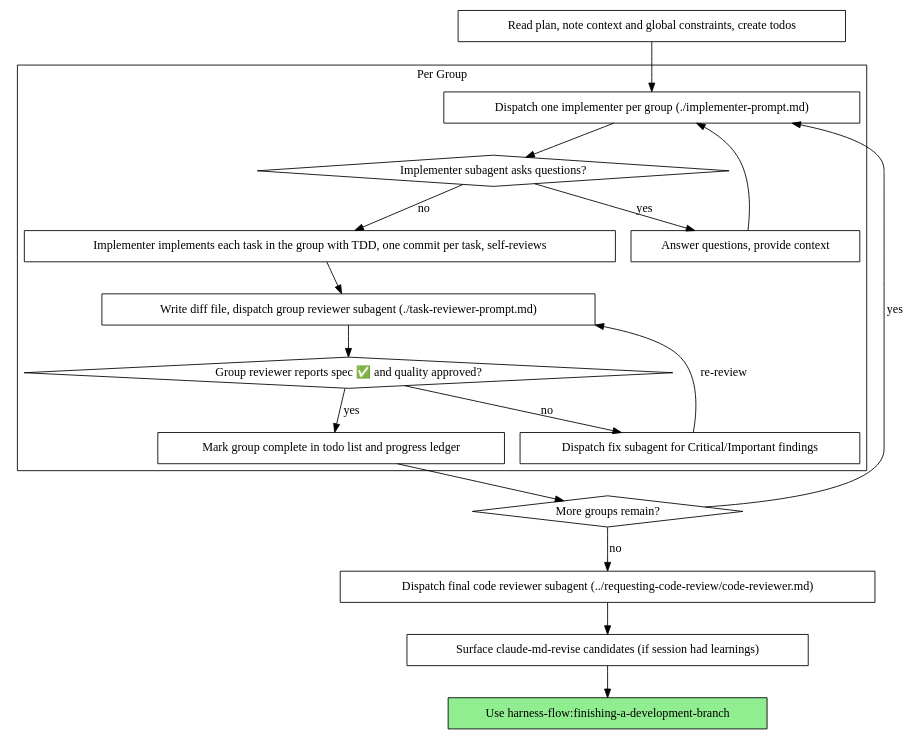
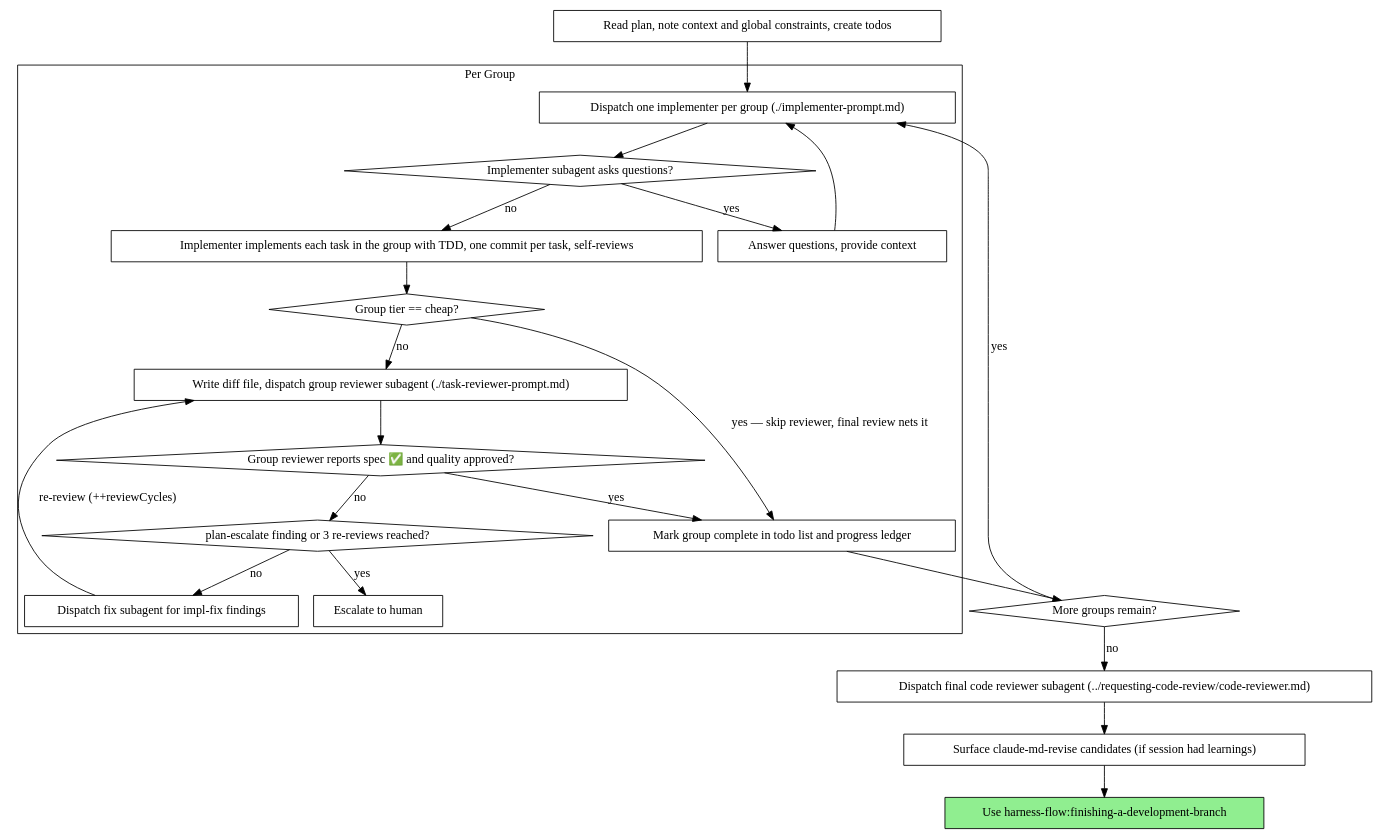
Before and after one commit to wonjinsin/harness-flow: the second of 2 diagrams in skills/subagent-driven-development/SKILL.md, drawn with Graphviz. The commit also changed other lines of this file and 11 other files, not shown here.

````diff
--- a/skills/subagent-driven-development/SKILL.md
+++ b/skills/subagent-driven-development/SKILL.md
@@ -56,39 +56,46 @@
 ```dot
 digraph process {
     rankdir=TB;
 
     subgraph cluster_per_group {
         label="Per Group";
         "Dispatch one implementer per group (./implementer-prompt.md)" [shape=box];
         "Implementer subagent asks questions?" [shape=diamond];
         "Answer questions, provide context" [shape=box];
         "Implementer implements each task in the group with TDD, one commit per task, self-reviews" [shape=box];
+        "Group tier == cheap?" [shape=diamond];
         "Write diff file, dispatch group reviewer subagent (./task-reviewer-prompt.md)" [shape=box];
         "Group reviewer reports spec ✅ and quality approved?" [shape=diamond];
-        "Dispatch fix subagent for Critical/Important findings" [shape=box];
+        "plan-escalate finding or 3 re-reviews reached?" [shape=diamond];
+        "Escalate to human" [shape=box];
+        "Dispatch fix subagent for impl-fix findings" [shape=box];
         "Mark group complete in todo list and progress ledger" [shape=box];
     }
 
     "Read plan, note context and global constraints, create todos" [shape=box];
     "More groups remain?" [shape=diamond];
     "Dispatch final code reviewer subagent (../requesting-code-review/code-reviewer.md)" [shape=box];
     "Surface claude-md-revise candidates (if session had learnings)" [shape=box];
     "Use harness-flow:finishing-a-development-branch" [shape=box style=filled fillcolor=lightgreen];
 
     "Read plan, note context and global constraints, create todos" -> "Dispatch one implementer per group (./implementer-prompt.md)";
     "Dispatch one implementer per group (./implementer-prompt.md)" -> "Implementer subagent asks questions?";
     "Implementer subagent asks questions?" -> "Answer questions, provide context" [label="yes"];
     "Answer questions, provide context" -> "Dispatch one implementer per group (./implementer-prompt.md)";
     "Implementer subagent asks questions?" -> "Implementer implements each task in the group with TDD, one commit per task, self-reviews" [label="no"];
-    "Implementer implements each task in the group with TDD, one commit per task, self-reviews" -> "Write diff file, dispatch group reviewer subagent (./task-reviewer-prompt.md)";
+    "Implementer implements each task in the group with TDD, one commit per task, self-reviews" -> "Group tier == cheap?";
+    "Group tier == cheap?" -> "Mark group complete in todo list and progress ledger" [label="yes — skip reviewer, final review nets it"];
+    "Group tier == cheap?" -> "Write diff file, dispatch group reviewer subagent (./task-reviewer-prompt.md)" [label="no"];
     "Write diff file, dispatch group reviewer subagent (./task-reviewer-prompt.md)" -> "Group reviewer reports spec ✅ and quality approved?";
-    "Group reviewer reports spec ✅ and quality approved?" -> "Dispatch fix subagent for Critical/Important findings" [label="no"];
-    "Dispatch fix subagent for Critical/Important findings" -> "Write diff file, dispatch group reviewer subagent (./task-reviewer-prompt.md)" [label="re-review"];
+    "Group reviewer reports spec ✅ and quality approved?" -> "plan-escalate finding or 3 re-reviews reached?" [label="no"];
+    "plan-escalate finding or 3 re-reviews reached?" -> "Escalate to human" [label="yes"];
+    "plan-escalate finding or 3 re-reviews reached?" -> "Dispatch fix subagent for impl-fix findings" [label="no"];
+    "Dispatch fix subagent for impl-fix findings" -> "Write diff file, dispatch group reviewer subagent (./task-reviewer-prompt.md)" [label="re-review (++reviewCycles)"];
     "Group reviewer reports spec ✅ and quality approved?" -> "Mark group complete in todo list and progress ledger" [label="yes"];
     "Mark group complete in todo list and progress ledger" -> "More groups remain?";
     "More groups remain?" -> "Dispatch one implementer per group (./implementer-prompt.md)" [label="yes"];
     "More groups remain?" -> "Dispatch final code reviewer subagent (../requesting-code-review/code-reviewer.md)" [label="no"];
     "Dispatch final code reviewer subagent (../requesting-code-review/code-reviewer.md)" -> "Surface claude-md-revise candidates (if session had learnings)";
     "Surface claude-md-revise candidates (if session had learnings)" -> "Use harness-flow:finishing-a-development-branch";
 }
 ```
````
